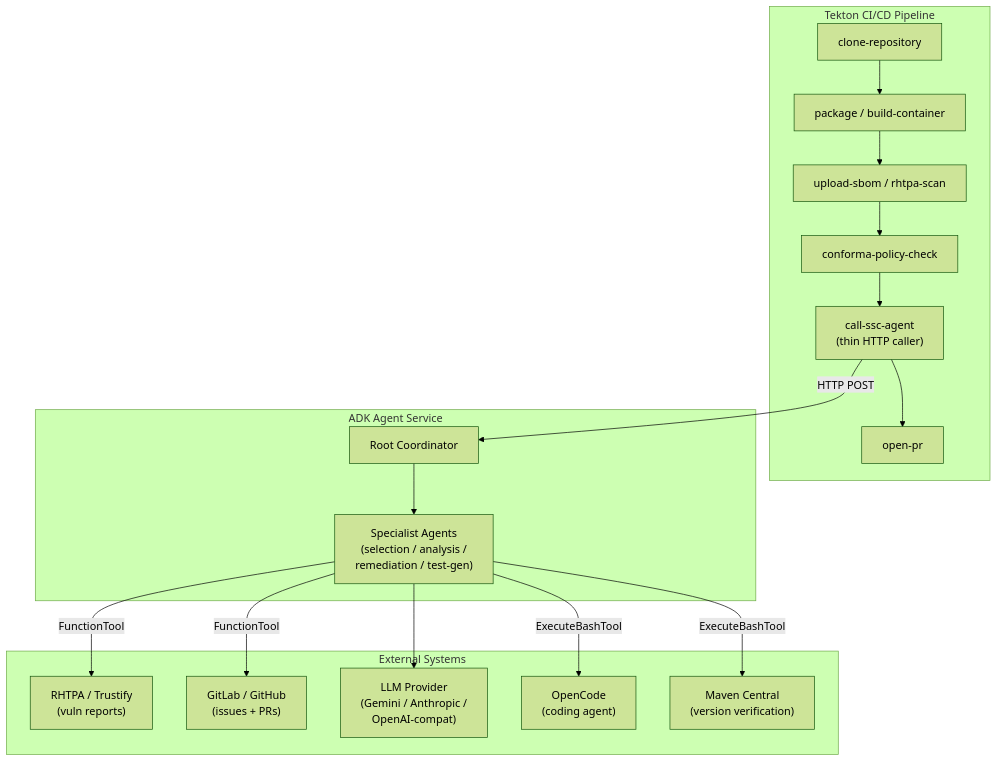
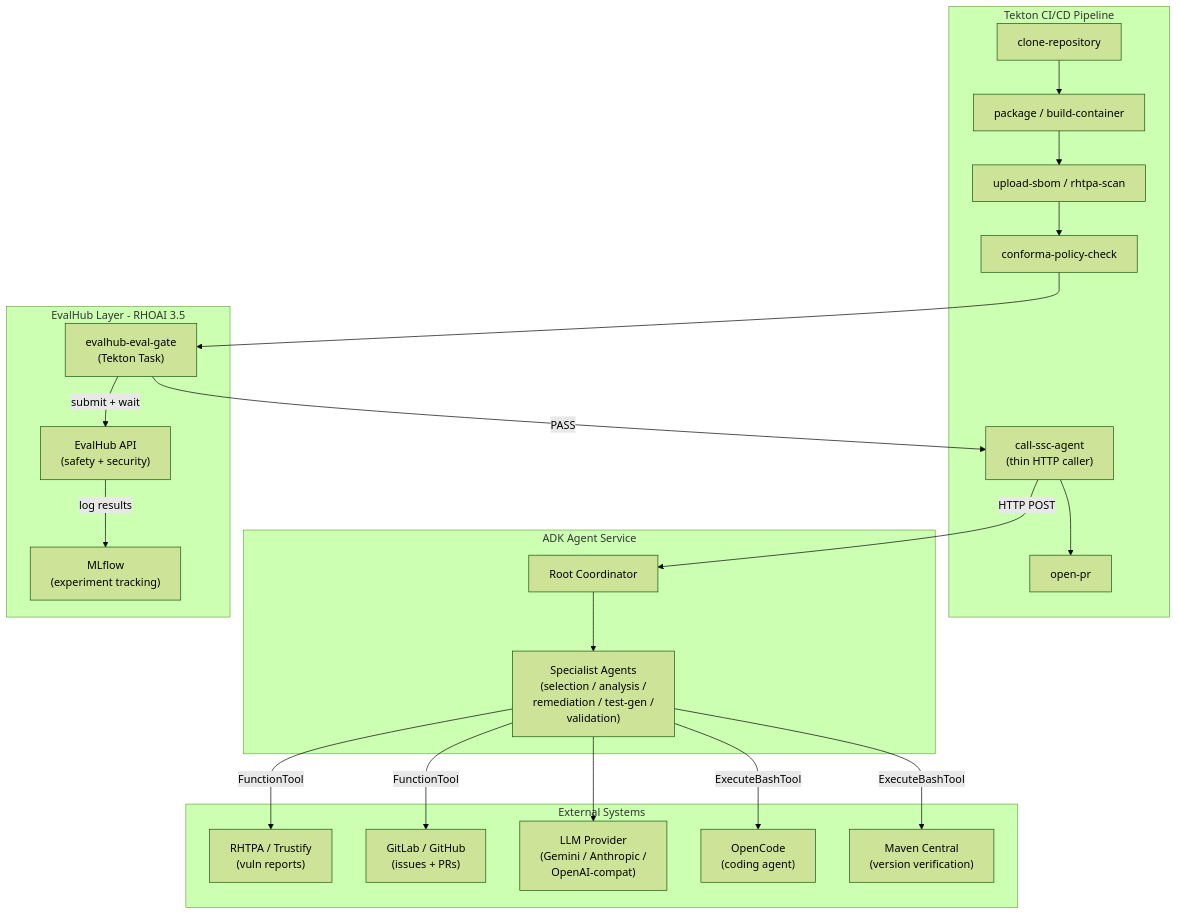
One commit to rrbanda/lw-agents changed the first of 13 diagrams in docs/architecture.md. Above: the diagram before and after it, drawn with Mermaid (forest theme). The commit also changed other lines of this file and 60 other files, not shown here.

````diff
--- a/docs/architecture.md
+++ b/docs/architecture.md
@@ -7,35 +16,44 @@
 ```mermaid
 flowchart TB
     subgraph tektonPipeline [Tekton CI/CD Pipeline]
         clone[clone-repository]
         build[package / build-container]
         sbom[upload-sbom / rhtpa-scan]
         policy[conforma-policy-check]
         callAgent["call-ssc-agent\n(thin HTTP caller)"]
         openPR[open-pr]
     end
 
     subgraph adkAgent [ADK Agent Service]
         coordinator["Root Coordinator"]
-        specialists["Specialist Agents\n(selection / analysis /\nremediation / test-gen)"]
+        specialists["Specialist Agents\n(selection / analysis /\nremediation / test-gen /\nvalidation)"]
+    end
+
+    subgraph evalLayer [EvalHub Layer - RHOAI 3.5]
+        evalGate["evalhub-eval-gate\n(Tekton Task)"]
+        evalHub["EvalHub API\n(safety + security)"]
+        mlflow["MLflow\n(experiment tracking)"]
     end
 
     subgraph external [External Systems]
         rhtpa["RHTPA / Trustify\n(vuln reports)"]
         scm["GitLab / GitHub\n(issues + PRs)"]
         llm["LLM Provider\n(Gemini / Anthropic /\nOpenAI-compat)"]
         opencode["OpenCode\n(coding agent)"]
         maven["Maven Central\n(version verification)"]
     end
 
     clone --> build --> sbom --> policy
-    policy --> callAgent
+    policy --> evalGate
+    evalGate -->|"submit + wait"| evalHub
+    evalHub -->|"log results"| mlflow
+    evalGate -->|"PASS"| callAgent
     callAgent -->|"HTTP POST"| coordinator
     coordinator --> specialists
     specialists --> llm
     specialists -->|"ExecuteBashTool"| opencode
     specialists -->|"ExecuteBashTool"| maven
     specialists -->|"FunctionTool"| scm
     specialists -->|"FunctionTool"| rhtpa
     callAgent --> openPR
 ```
````
